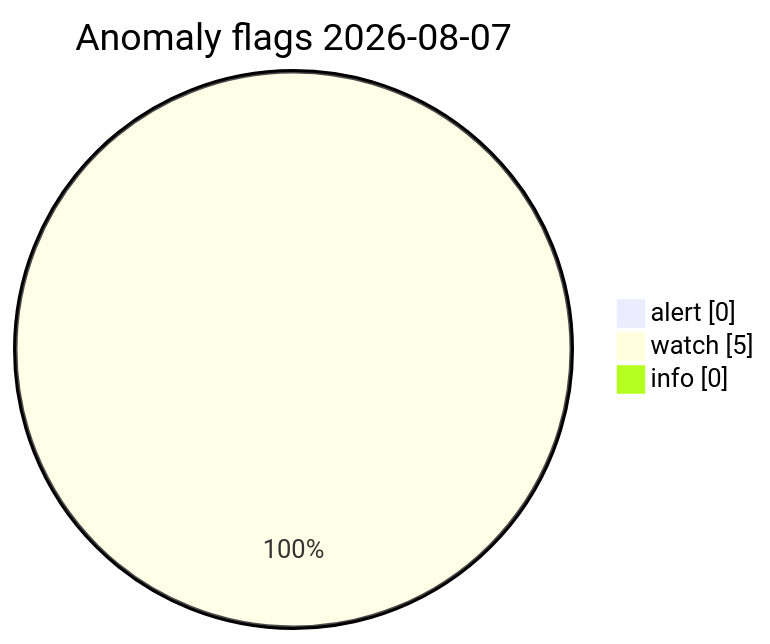
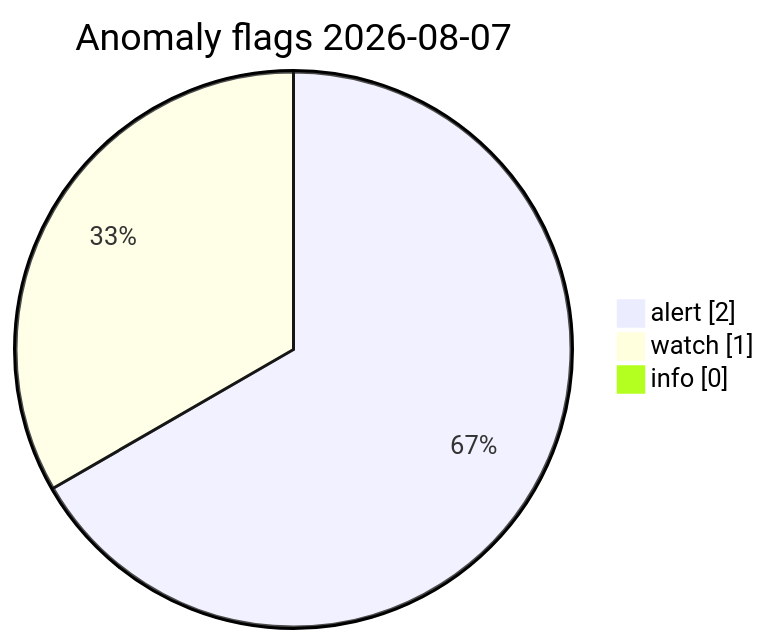
The diagram in visuals/2026-08-07/CHARTS.md (Midwest-Stratospheric/Unified-Open-Global-Weather), drawn with Mermaid before and after one commit. The commit also changed other lines of this file and 13 other files, not shown here.

Commit message:
data(visuals): automated charts 2026-08-07T11:58Z

````diff
--- a/visuals/2026-08-07/CHARTS.md
+++ b/visuals/2026-08-07/CHARTS.md
@@ -73,7 +73,7 @@
 ```mermaid
 pie showData
   title Anomaly flags 2026-08-07
-  "alert" : 0
-  "watch" : 5
+  "alert" : 2
+  "watch" : 1
   "info" : 0
 ```
````
